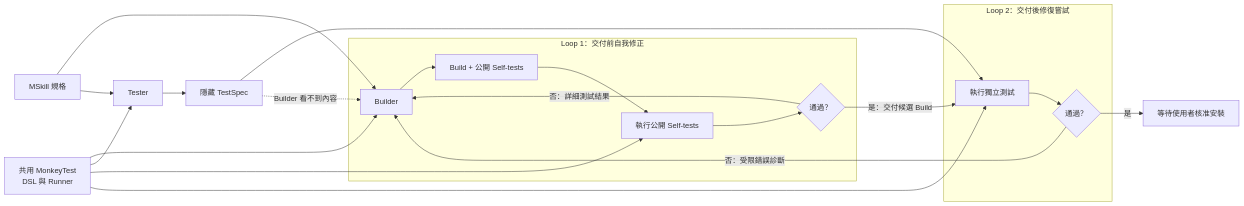
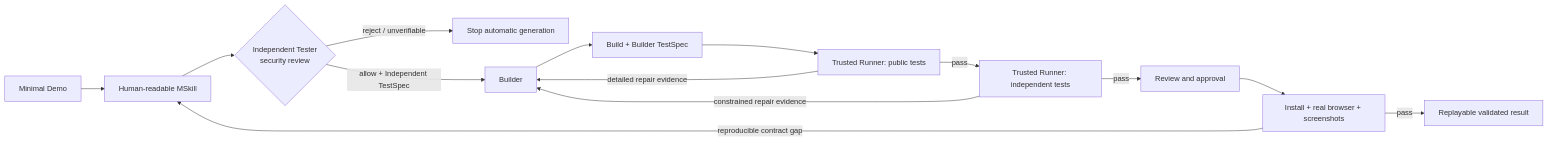
The diagram in README.md (allenyllee/monkeyskill), drawn with Mermaid before and after one commit. The commit also changed other lines of this file and 6 other files, not shown here.

````diff
--- a/README.md
+++ b/README.md
@@ -43,31 +61,16 @@
 ```mermaid
 flowchart LR
-    Skill["MSkill 規格"] --> Builder["Builder"]
-    Skill --> Tester["Tester"]
-
-    Framework["共用 MonkeyTest<br/>DSL 與 Runner"] --> Builder
-    Framework --> Tester
-
-    subgraph Loop1["Loop 1：交付前自我修正"]
-        Builder --> Output["Build + 公開 Self-tests"]
-        Output --> SelfRun["執行公開 Self-tests"]
-        SelfRun --> SelfResult{"通過？"}
-        SelfResult -- "否：詳細測試結果" --> Builder
-    end
-
-    SelfResult -- "是：交付候選 Build" --> HiddenRun
-
-    Tester --> HiddenTests["隱藏 TestSpec"]
-    HiddenTests --> HiddenRun["執行獨立測試"]
-
-    subgraph Loop2["Loop 2：交付後修復嘗試"]
-        HiddenRun --> HiddenResult{"通過？"}
-        HiddenResult -- "否：受限錯誤診斷" --> Builder
-    end
-
-    HiddenResult -- "是" --> Approval["等待使用者核准安裝"]
-
-    Framework --> SelfRun
-    Framework --> HiddenRun
-    HiddenTests -. "Builder 看不到內容" .-> Builder
+    Demo["Minimal Demo"] --> Skill["Human-readable MSkill"]
+    Skill --> Review{"Independent Tester<br/>security review"}
+    Review -- "reject / unverifiable" --> Stop["Stop automatic generation"]
+    Review -- "allow + Independent TestSpec" --> Builder["Builder"]
+    Builder --> Candidate["Build + Builder TestSpec"]
+    Candidate --> PublicRun["Trusted Runner: public tests"]
+    PublicRun -- "detailed repair evidence" --> Builder
+    PublicRun -- "pass" --> HiddenRun["Trusted Runner: independent tests"]
+    HiddenRun -- "constrained repair evidence" --> Builder
+    HiddenRun -- "pass" --> Approval["Review and approval"]
+    Approval --> Browser["Install + real browser + screenshots"]
+    Browser -- "reproducible contract gap" --> Skill
+    Browser -- "pass" --> Stable["Replayable validated result"]
 ```
````
